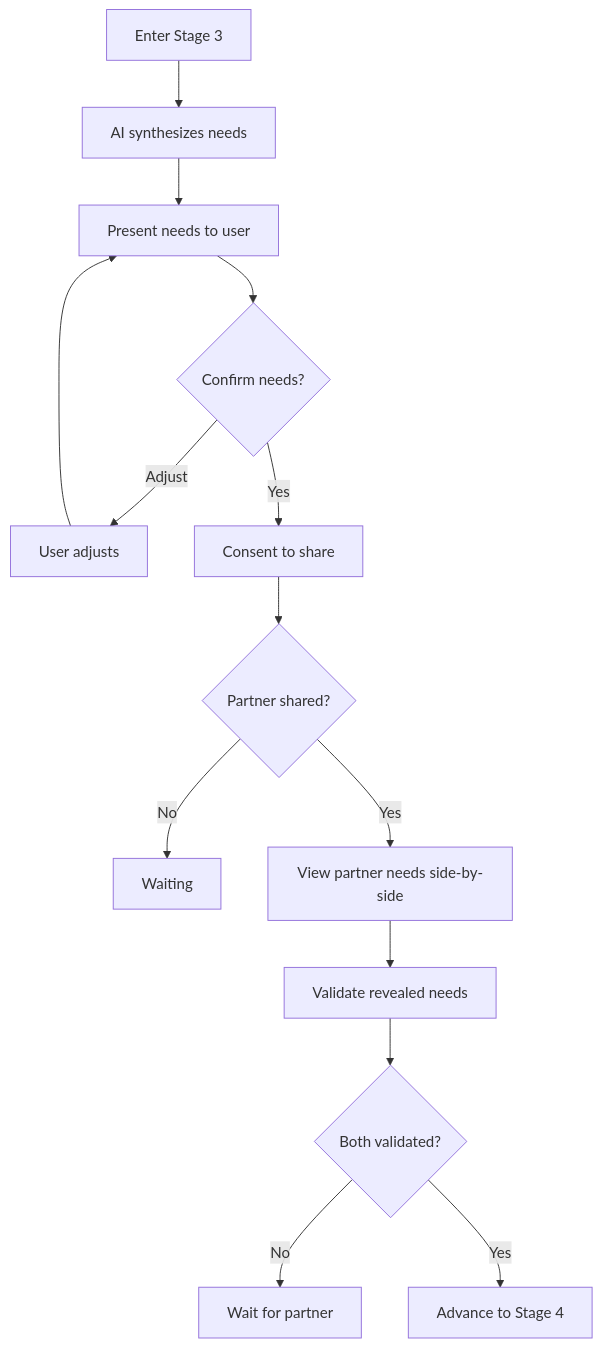
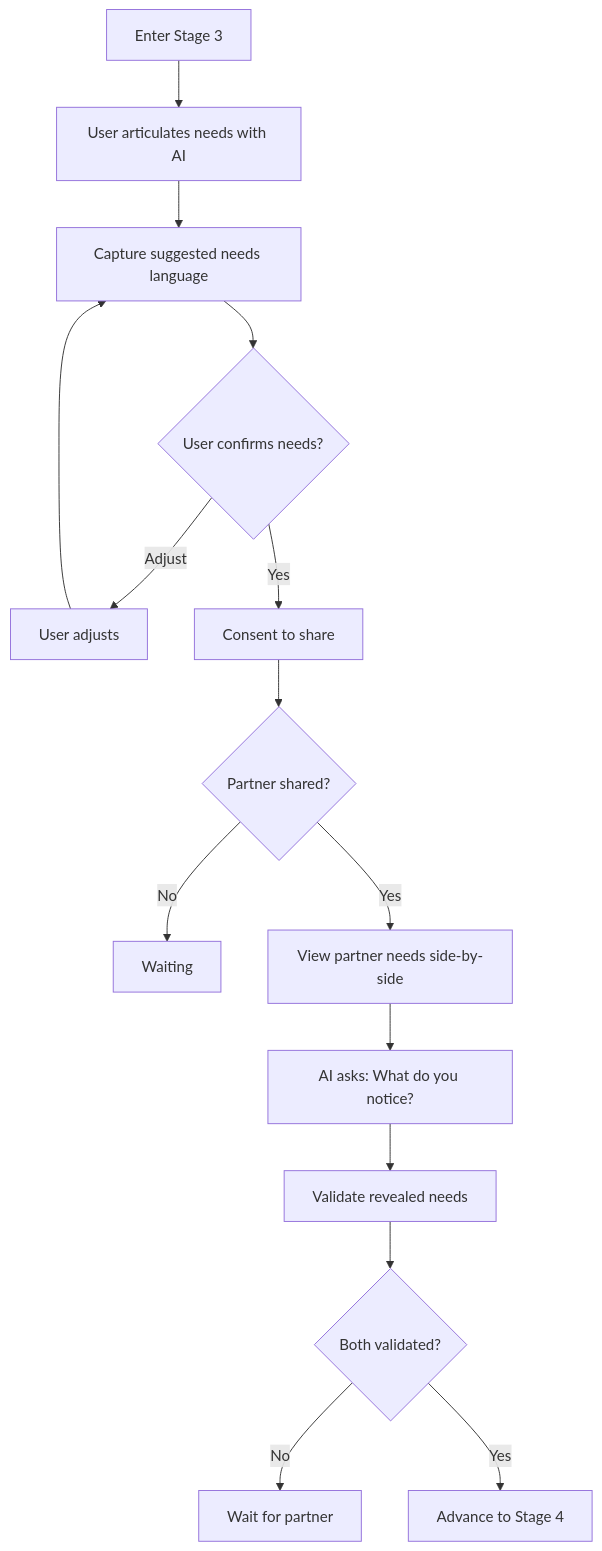
Before and after one commit to shantamg/meet-without-fear: the diagram in docs/backend/api/stage-3.md, drawn with Mermaid. The commit also changed other lines of this file and 3 other files, not shown here.

Commit message:
fix(stage3): align consent docs with needs reveal

````diff
--- a/docs/backend/api/stage-3.md
+++ b/docs/backend/api/stage-3.md
@@ -288,16 +290,17 @@
 ```mermaid
 flowchart TD
-    Enter[Enter Stage 3] --> Synthesize[AI synthesizes needs]
-    Synthesize --> Present[Present needs to user]
-    Present --> Confirm{Confirm needs?}
+    Enter[Enter Stage 3] --> Explore[User articulates needs with AI]
+    Explore --> Capture[Capture suggested needs language]
+    Capture --> Confirm{User confirms needs?}
     Confirm -->|Adjust| Refine[User adjusts]
-    Refine --> Present
+    Refine --> Capture
     Confirm -->|Yes| Consent[Consent to share]
     Consent --> Wait{Partner shared?}
     Wait -->|No| WaitState[Waiting]
     Wait -->|Yes| ShowNeeds[View partner needs side-by-side]
-    ShowNeeds --> Validate[Validate revealed needs]
+    ShowNeeds --> Notice[AI asks: What do you notice?]
+    Notice --> Validate[Validate revealed needs]
     Validate --> BothValidated{Both validated?}
     BothValidated -->|No| WaitPartner[Wait for partner]
     BothValidated -->|Yes| Advance[Advance to Stage 4]
 ```
````
